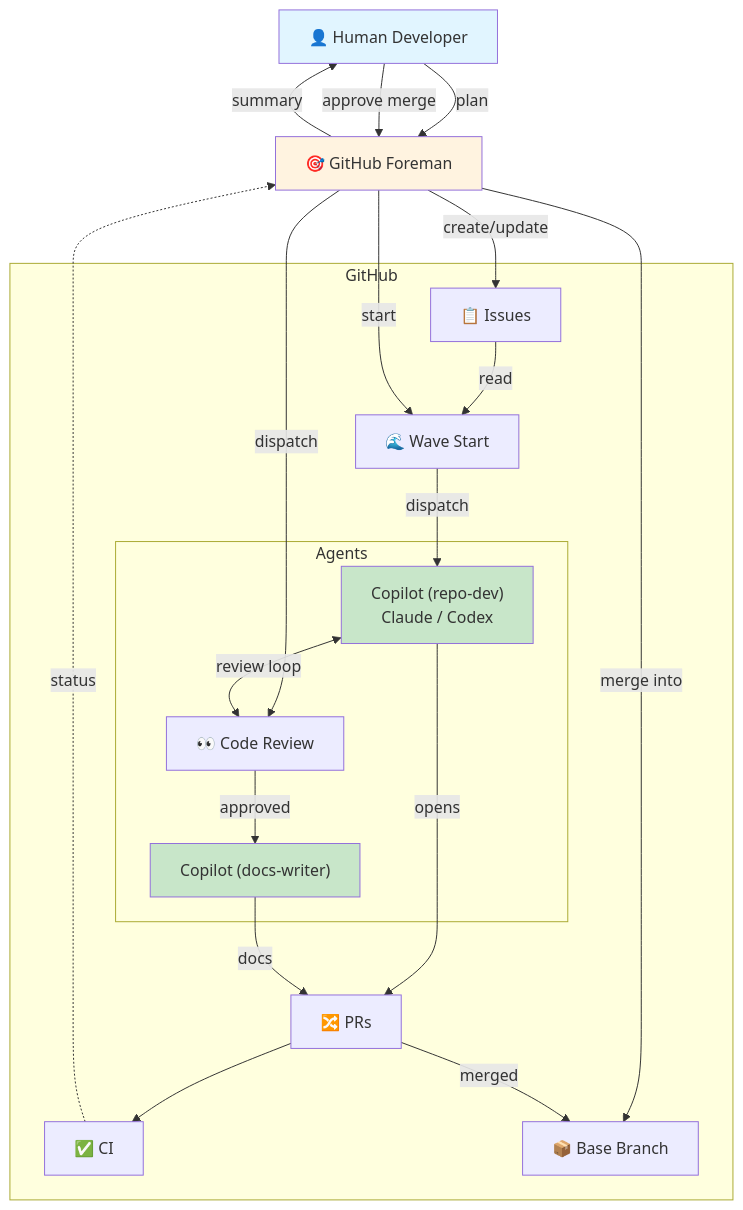
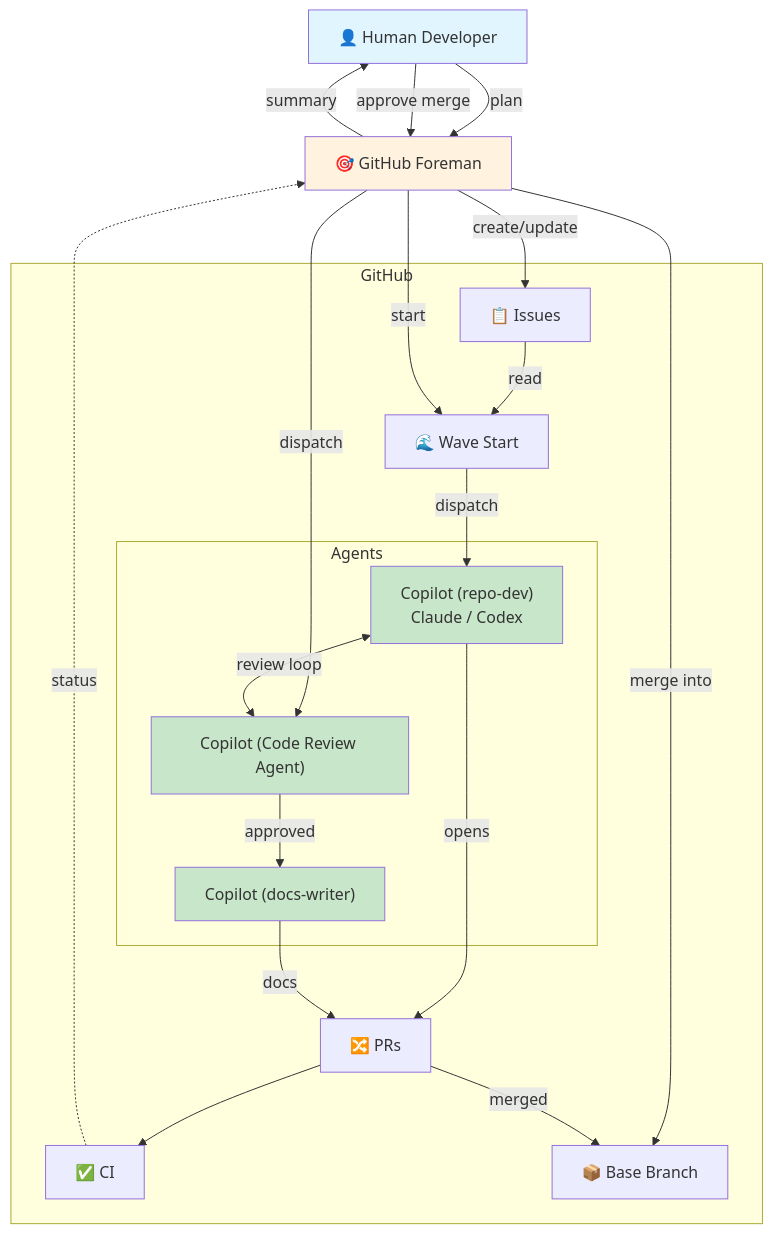
One commit to ewega/github-foreman changed the first of 2 diagrams in README.md. Above: the diagram before and after it, drawn with Mermaid.

Commit message:
Style Code Review Agent and remove emoji
- Apply green agent color to Code Review Agent
- Change label to 'Copilot (Code Review Agent)' (remove eyes emoji)
- Consistent styling across all three agent types

````diff
--- a/README.md
+++ b/README.md
@@ -70,45 +70,46 @@
 ```mermaid
 graph TB
     H["👤 Human Developer"]
     F["🎯 GitHub Foreman"]
     
     subgraph github["GitHub"]
         Issues["📋 Issues"]
         WaveStart["🌊 Wave Start"]
         
         subgraph agents["Agents"]
             Working["Copilot (repo-dev)<br/>Claude / Codex"]
-            CodeReview["👀 Code Review"]
+            CodeReview["Copilot (Code Review Agent)"]
             DW["Copilot (docs-writer)"]
         end
         
         PRs["🔀 PRs"]
         CI["✅ CI"]
         Base["📦 Base Branch"]
     end
     
     H -->|"plan"| F
     F -->|"create/update"| Issues
     Issues -->|"read"| WaveStart
     F -->|"start"| WaveStart
     WaveStart -->|"dispatch"| Working
     Working -->|"opens"| PRs
     
     F -->|"dispatch"| CodeReview
     Working <-->|"review loop"| CodeReview
     CodeReview -->|"approved"| DW
     
     DW -->|"docs"| PRs
     PRs --> CI
     
     CI -.->|"status"| F
     F -->|"summary"| H
     H -->|"approve merge"| F
     F -->|"merge into"| Base
     PRs -->|"merged"| Base
     
     style H fill:#e1f5ff
     style F fill:#fff3e0
     style Working fill:#c8e6c9
+    style CodeReview fill:#c8e6c9
     style DW fill:#c8e6c9
 ```
````
